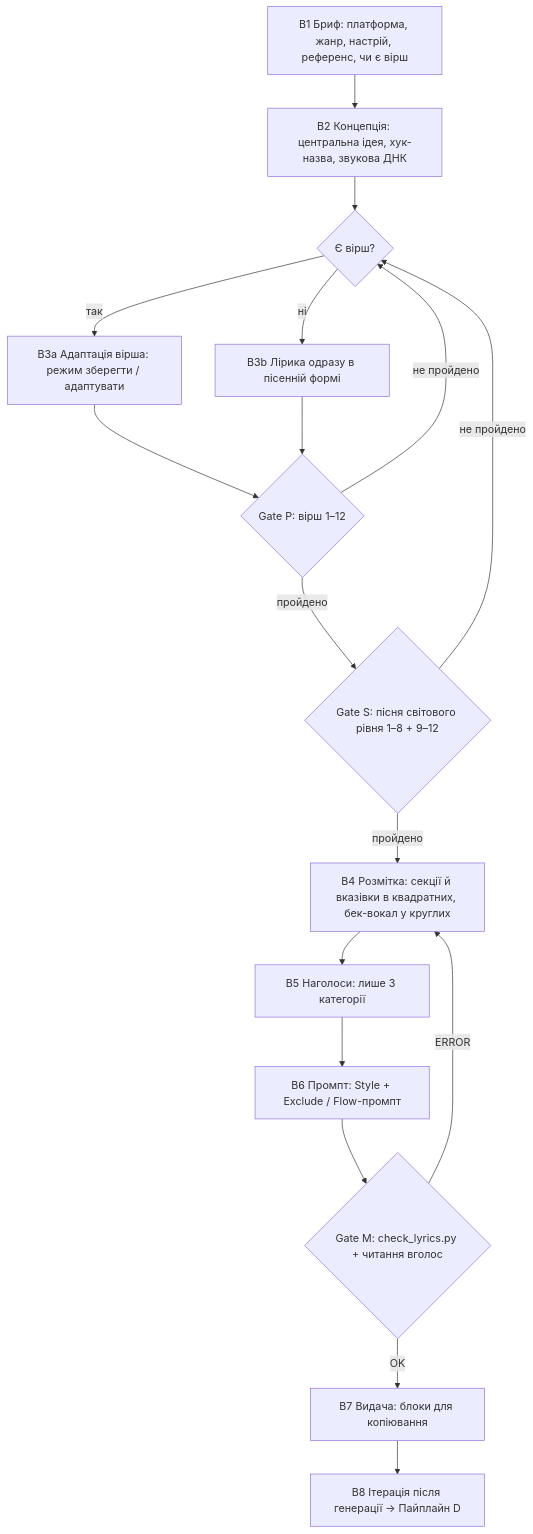
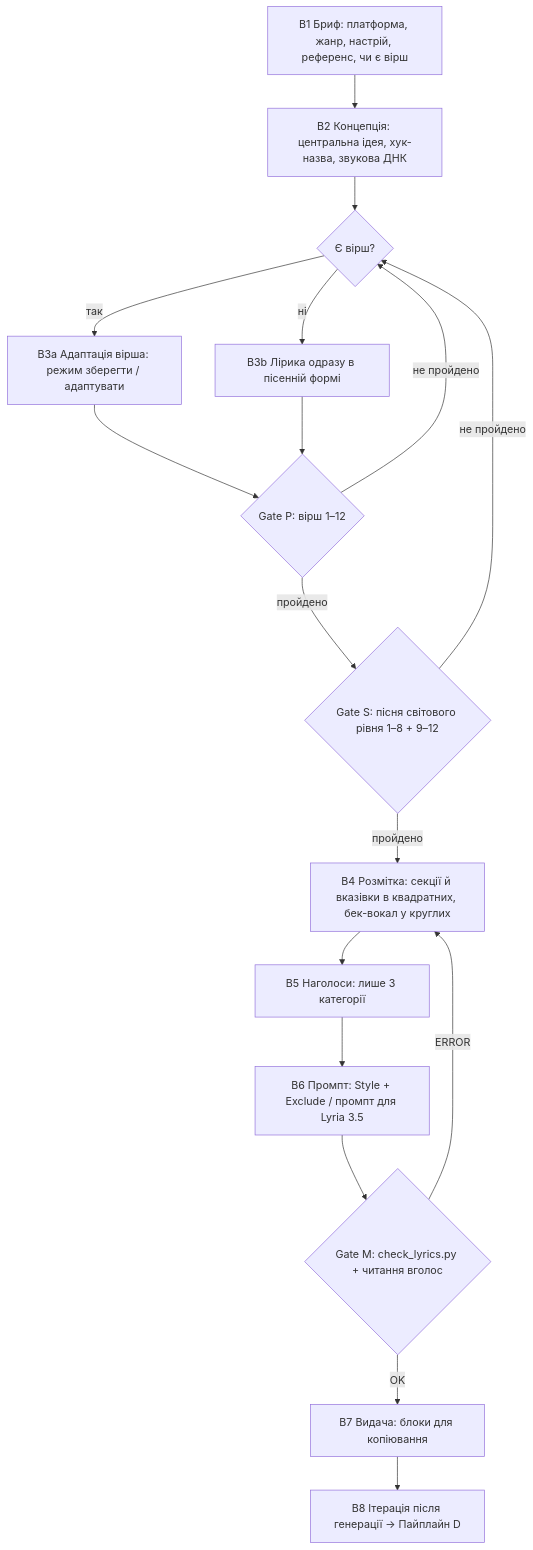
One commit to sm9sh/poetry-skill changed the fourth of 4 diagrams in docs/PIPELINE.md. Above: the diagram before and after it, drawn with Mermaid. The commit also changed other lines of this file and 70 other files, not shown here.

````diff
--- a/docs/PIPELINE.md
+++ b/docs/PIPELINE.md
@@ -109,19 +110,19 @@
 ```mermaid
 flowchart TD
     B1[B1 Бриф: платформа, жанр, настрій, референс, чи є вірш] --> B2[B2 Концепція: центральна ідея, хук-назва, звукова ДНК]
     B2 --> B3{Є вірш?}
     B3 -->|так| B3a[B3a Адаптація вірша: режим зберегти / адаптувати]
     B3 -->|ні| B3b[B3b Лірика одразу в пісенній формі]
     B3a --> G2{Gate P: вірш 1–12}
     B3b --> G2
     G2 -->|не пройдено| B3
     G2 -->|пройдено| G3{Gate S: пісня світового рівня 1–8 + 9–12}
     G3 -->|не пройдено| B3
     G3 -->|пройдено| B4[B4 Розмітка: секції й вказівки в квадратних, бек-вокал у круглих]
     B4 --> B5[B5 Наголоси: лише 3 категорії]
-    B5 --> B6[B6 Промпт: Style + Exclude / Flow-промпт]
+    B5 --> B6[B6 Промпт: Style + Exclude / промпт для Lyria 3.5]
     B6 --> G4{Gate M: check_lyrics.py + читання вголос}
     G4 -->|ERROR| B4
     G4 -->|OK| B7[B7 Видача: блоки для копіювання]
     B7 --> B8[B8 Ітерація після генерації → Пайплайн D]
 ```
````
